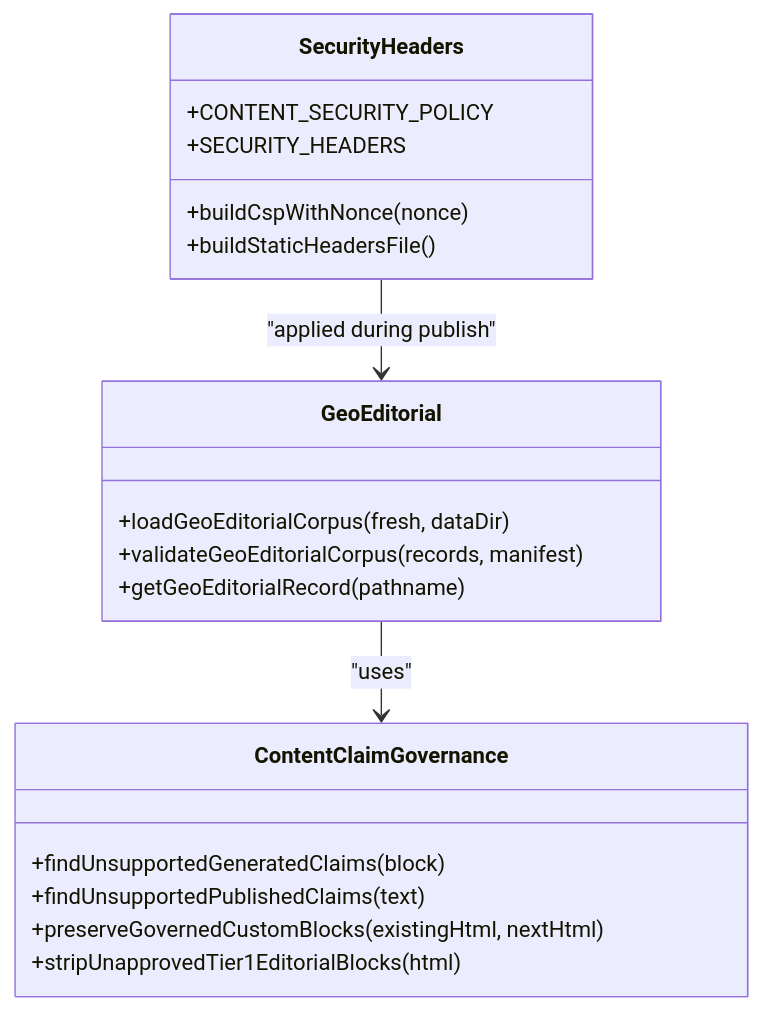
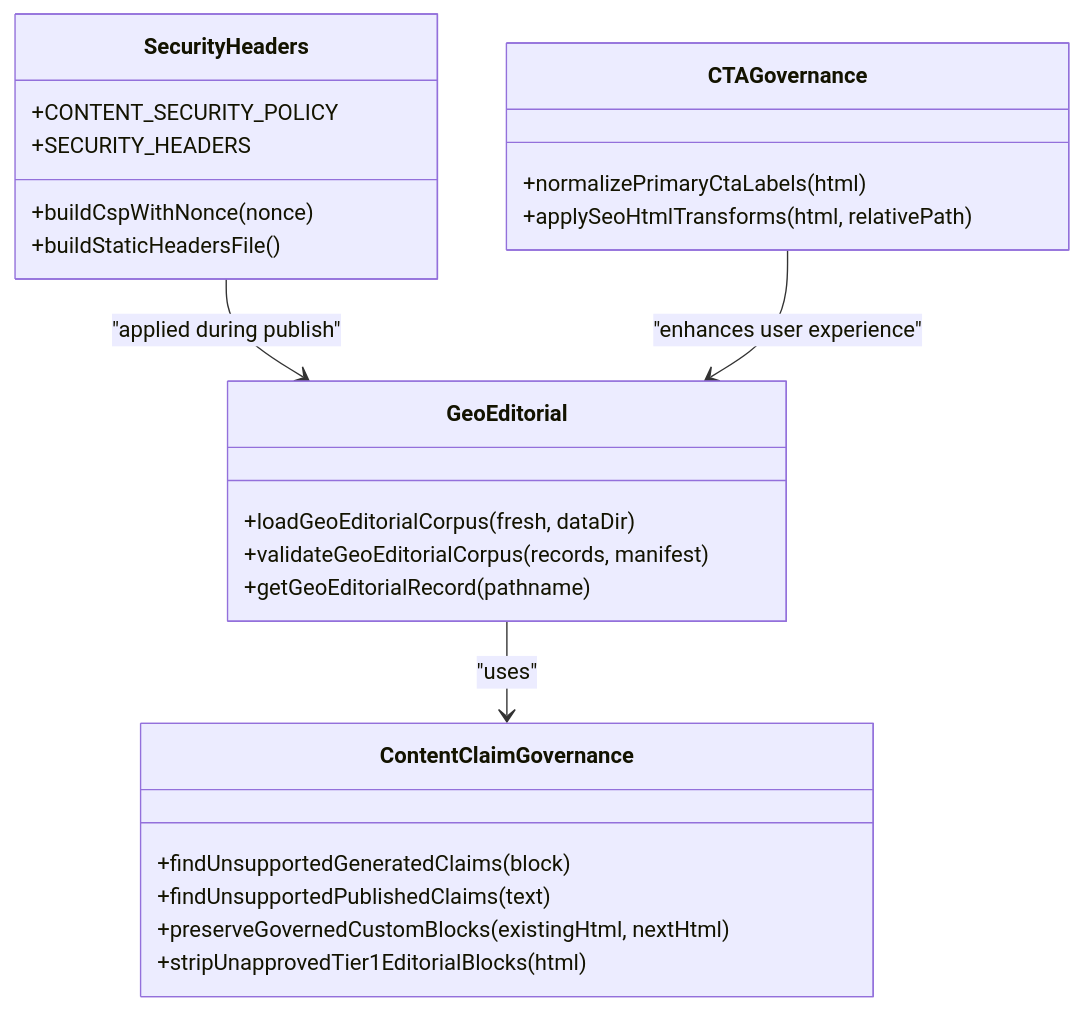
One commit to Massimilianociconte/WebNovis changed the fifth of 6 diagrams in .qoder/repowiki/en/content/Security Implementation/SEO Governance & Content Security.md. Above: the diagram before and after it, drawn with Mermaid. The commit also changed other lines of this file and 1261 other files, not shown here.

Commit message:
feat: integra canale YouTube @WebNovis in SEO, GEO, footer, JSON-LD e AI/LLM exports

````diff
--- a/.qoder/repowiki/en/content/Security Implementation/SEO Governance & Content Security.md
+++ b/.qoder/repowiki/en/content/Security Implementation/SEO Governance & Content Security.md
@@ -227,22 +288,27 @@
 ```mermaid
 classDiagram
 class ContentClaimGovernance {
 +findUnsupportedGeneratedClaims(block)
 +findUnsupportedPublishedClaims(text)
 +preserveGovernedCustomBlocks(existingHtml, nextHtml)
 +stripUnapprovedTier1EditorialBlocks(html)
 }
 class GeoEditorial {
 +loadGeoEditorialCorpus(fresh, dataDir)
 +validateGeoEditorialCorpus(records, manifest)
 +getGeoEditorialRecord(pathname)
 }
 class SecurityHeaders {
 +CONTENT_SECURITY_POLICY
 +SECURITY_HEADERS
 +buildCspWithNonce(nonce)
 +buildStaticHeadersFile()
 }
+class CTAGovernance {
++normalizePrimaryCtaLabels(html)
++applySeoHtmlTransforms(html, relativePath)
+}
 GeoEditorial --> ContentClaimGovernance : "uses"
 SecurityHeaders --> GeoEditorial : "applied during publish"
+CTAGovernance --> GeoEditorial : "enhances user experience"
 ```
````
